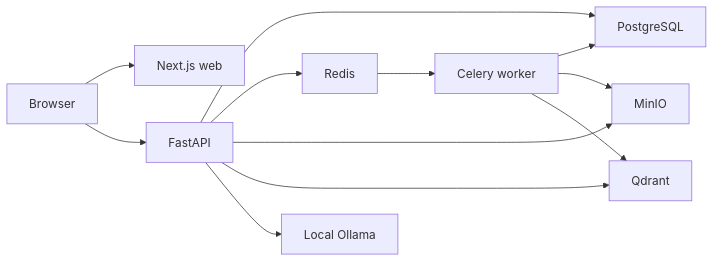
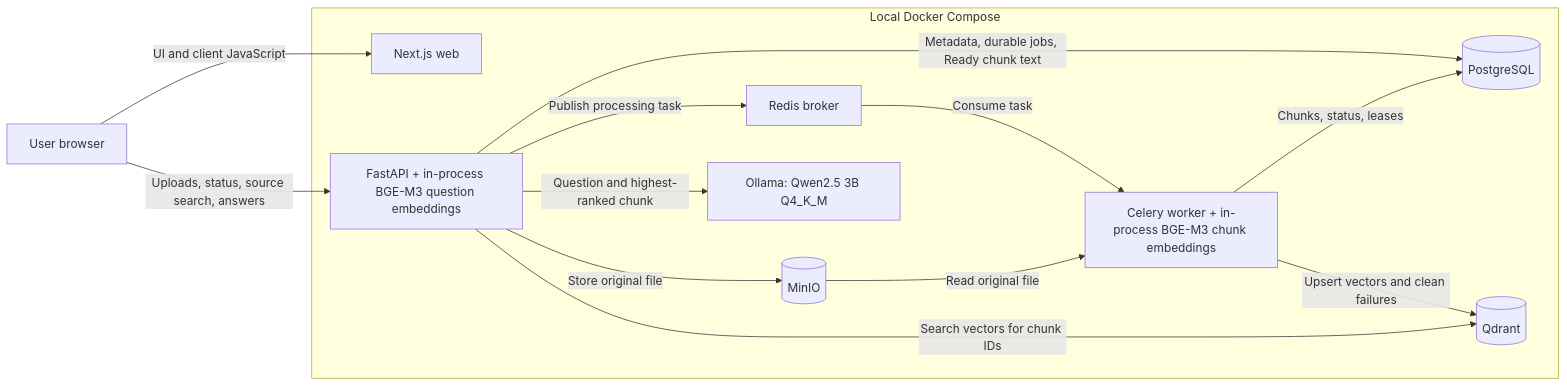
One commit to asthing/AsThing changed the diagram in docs/architecture.md. Above: the diagram before and after it, drawn with Mermaid. The commit also changed other lines of this file and 7 other files, not shown here.

````diff
--- a/docs/architecture.md
+++ b/docs/architecture.md
@@ -5,14 +7,25 @@
 ```mermaid
 flowchart LR
-    Browser --> Web[Next.js web]
-    Browser --> API[FastAPI]
-    API --> PostgreSQL
-    API --> Redis
-    API --> MinIO
-    API --> Qdrant
-    API --> Ollama[Local Ollama]
-    Redis --> Worker[Celery worker]
-    Worker --> PostgreSQL
-    Worker --> MinIO
-    Worker --> Qdrant
+    Browser[User browser]
+    subgraph Local[Local Docker Compose]
+        Web[Next.js web]
+        API["FastAPI + in-process BGE-M3 question embeddings"]
+        Worker["Celery worker + in-process BGE-M3 chunk embeddings"]
+        PostgreSQL[(PostgreSQL)]
+        MinIO[(MinIO)]
+        Redis[Redis broker]
+        Qdrant[(Qdrant)]
+        Ollama["Ollama: Qwen2.5 3B Q4_K_M"]
+    end
+    Browser -->|UI and client JavaScript| Web
+    Browser -->|Uploads, status, source search, answers| API
+    API -->|Metadata, durable jobs, Ready chunk text| PostgreSQL
+    API -->|Store original file| MinIO
+    API -->|Publish processing task| Redis
+    Redis -->|Consume task| Worker
+    MinIO -->|Read original file| Worker
+    Worker -->|Chunks, status, leases| PostgreSQL
+    Worker -->|Upsert vectors and clean failures| Qdrant
+    API -->|Search vectors for chunk IDs| Qdrant
+    API -->|Question and highest-ranked chunk| Ollama
 ```
````
